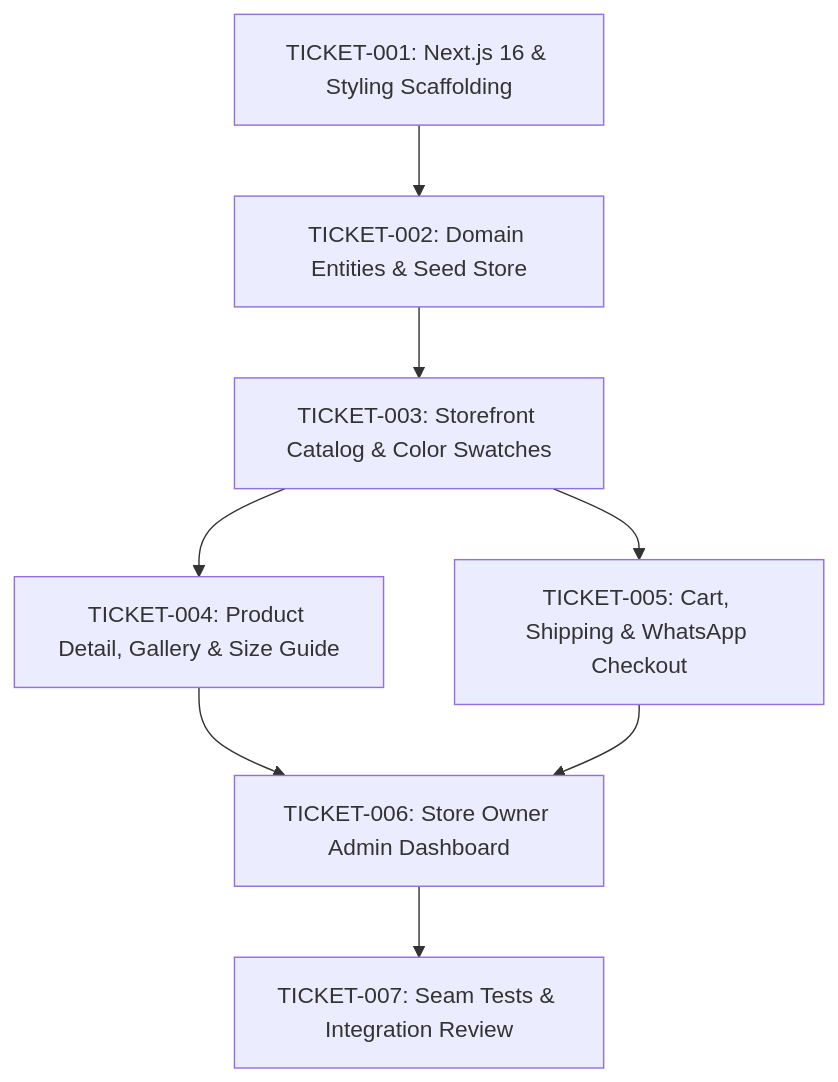
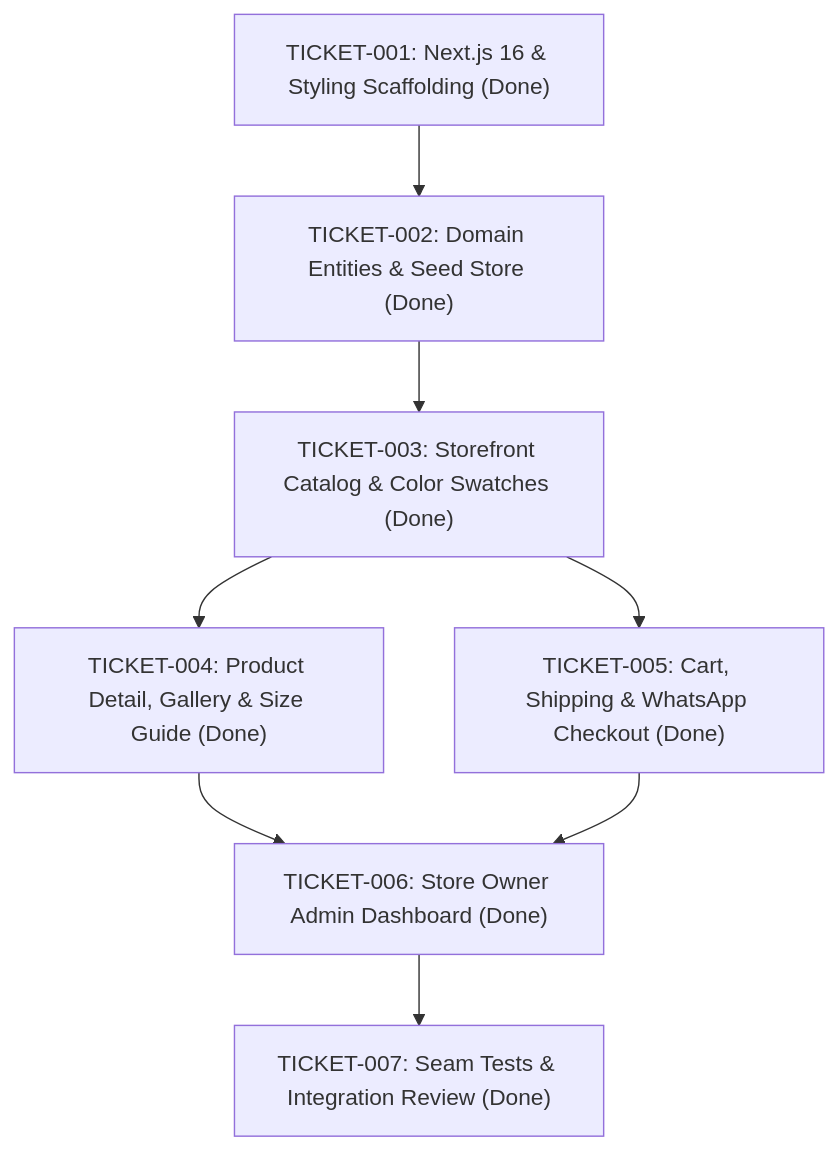
One commit to AymanAkram2000/onlinestore changed the diagram in docs/TICKETS.md. Above: the diagram before and after it, drawn with Mermaid. The commit also changed other lines of this file, not shown here.

Commit message:
docs: mark all tickets completed in task graph

````diff
--- a/docs/TICKETS.md
+++ b/docs/TICKETS.md
@@ -3,10 +3,10 @@
 ```mermaid
 flowchart TD
-    T001["TICKET-001: Next.js 16 & Styling Scaffolding"] --> T002["TICKET-002: Domain Entities & Seed Store"]
-    T002 --> T003["TICKET-003: Storefront Catalog & Color Swatches"]
-    T003 --> T004["TICKET-004: Product Detail, Gallery & Size Guide"]
-    T003 --> T005["TICKET-005: Cart, Shipping & WhatsApp Checkout"]
-    T004 --> T006["TICKET-006: Store Owner Admin Dashboard"]
+    T001["TICKET-001: Next.js 16 & Styling Scaffolding (Done)"] --> T002["TICKET-002: Domain Entities & Seed Store (Done)"]
+    T002 --> T003["TICKET-003: Storefront Catalog & Color Swatches (Done)"]
+    T003 --> T004["TICKET-004: Product Detail, Gallery & Size Guide (Done)"]
+    T003 --> T005["TICKET-005: Cart, Shipping & WhatsApp Checkout (Done)"]
+    T004 --> T006["TICKET-006: Store Owner Admin Dashboard (Done)"]
     T005 --> T006
-    T006 --> T007["TICKET-007: Seam Tests & Integration Review"]
+    T006 --> T007["TICKET-007: Seam Tests & Integration Review (Done)"]
 ```
````
